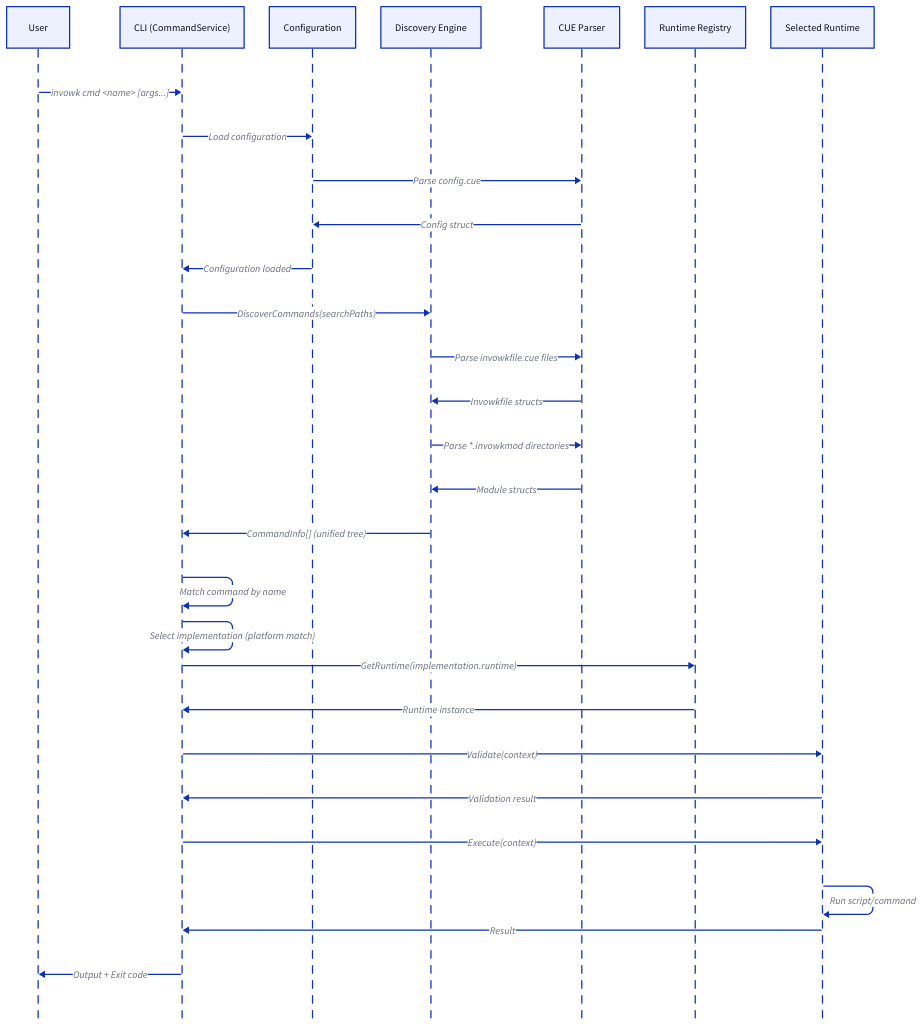
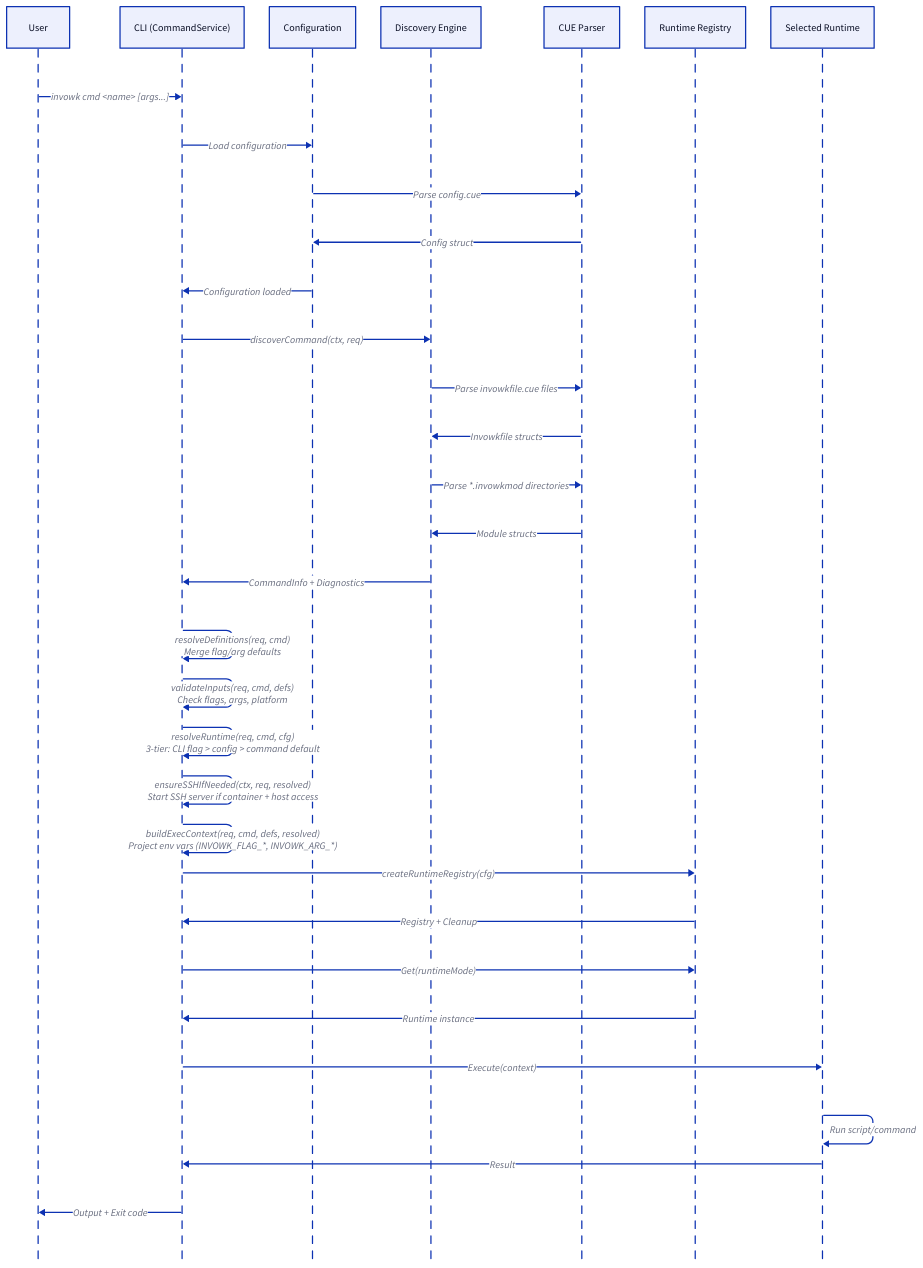
The diagram in docs/diagrams/sequences/execution-main.d2 (invowk/invowk), drawn with D2 before and after one commit. The commit also changed 22 other files, not shown here. The source asks for the TALA layout; these drawings use dagre instead.

```diff
--- a/docs/diagrams/sequences/execution-main.d2
+++ b/docs/diagrams/sequences/execution-main.d2
@@ -1,56 +1,65 @@
 # Main Execution Sequence Diagram
 #
 # Shows the high-level flow of command execution from user request
-# through initialization, discovery, resolution, and execution phases.
+# through the 7-step commandService.Execute pipeline.
 #
 # Source: cmd/invowk/cmd_execute.go (commandService pipeline)
 
 vars: {
   d2-config: {
     layout-engine: tala
   }
 }
 
 shape: sequence_diagram
 
 # Participants
 User
 CLI: CLI (CommandService)
 Config: Configuration
 Disc: Discovery Engine
 CUE: CUE Parser
 Registry: Runtime Registry
 Runtime: Selected Runtime
 
 # Entry point
 User -> CLI: "invowk cmd <name> [args...]"
 
-# 1. Initialization Phase
+# Step 1: discoverCommand
 CLI -> Config: Load configuration
 Config -> CUE: Parse config.cue
 CUE -> Config: Config struct
 Config -> CLI: Configuration loaded
-
-# 2. Discovery Phase
-CLI -> Disc: DiscoverCommands(searchPaths)
+CLI -> Disc: "discoverCommand(ctx, req)"
 Disc -> CUE: Parse invowkfile.cue files
 CUE -> Disc: Invowkfile structs
 Disc -> CUE: Parse *.invowkmod directories
 CUE -> Disc: Module structs
-Disc -> CLI: "CommandInfo[] (unified tree)"
+Disc -> CLI: "CommandInfo + Diagnostics"
 
-# 3. Resolution Phase
-CLI -> CLI: Match command by name
-CLI -> CLI: Select implementation (platform match)
-CLI -> Registry: GetRuntime(implementation.runtime)
+# Step 2: resolveDefinitions
+CLI -> CLI: "resolveDefinitions(req, cmd)\nMerge flag/arg defaults"
+
+# Step 3: validateInputs
+CLI -> CLI: "validateInputs(req, cmd, defs)\nCheck flags, args, platform"
+
+# Step 4: resolveRuntime
+CLI -> CLI: "resolveRuntime(req, cmd, cfg)\n3-tier: CLI flag > config > command default"
+
+# Step 5: ensureSSHIfNeeded
+CLI -> CLI: "ensureSSHIfNeeded(ctx, req, resolved)\nStart SSH server if container + host access"
+
+# Step 6: buildExecContext
+CLI -> CLI: "buildExecContext(req, cmd, defs, resolved)\nProject env vars (INVOWK_FLAG_*, INVOWK_ARG_*)"
+
+# Step 7: dispatchExecution
+CLI -> Registry: "createRuntimeRegistry(cfg)"
+Registry -> CLI: "Registry + Cleanup"
+CLI -> Registry: "Get(runtimeMode)"
 Registry -> CLI: Runtime instance
-CLI -> Runtime: Validate(context)
-Runtime -> CLI: Validation result
-
-# 4. Execution Phase
 CLI -> Runtime: Execute(context)
 Runtime -> Runtime: Run script/command
 Runtime -> CLI: Result
 
 # Return result
 CLI -> User: Output + Exit code
```
